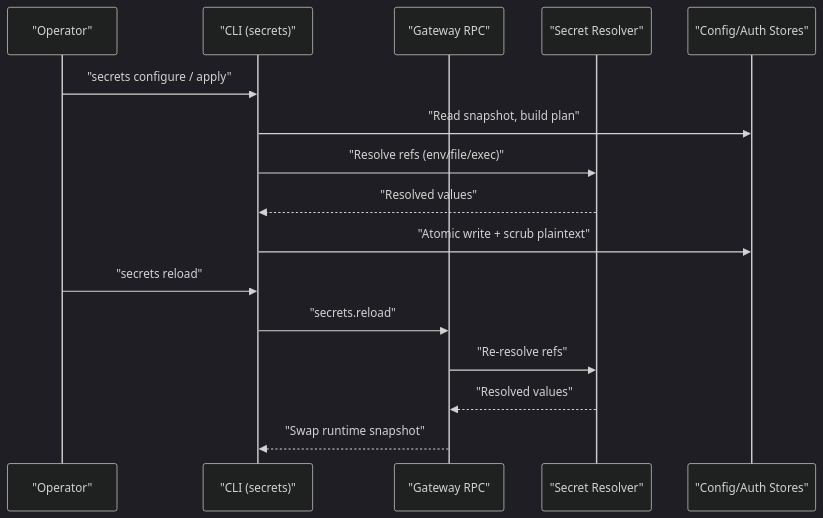
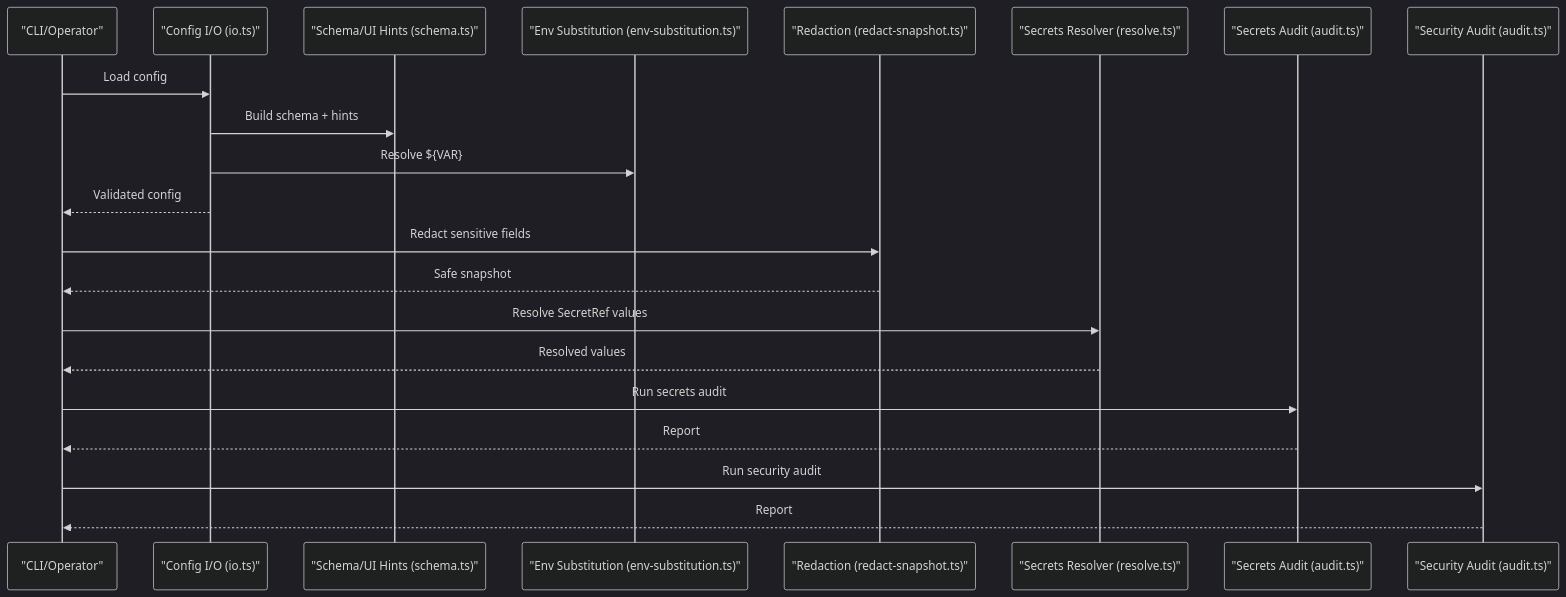
The second of 7 diagrams in repowiki/en/content/Configuration Management/Security Configuration.md (botx-work/OpenClaw-Internals), drawn with Mermaid (dark theme) before and after one commit. The commit also changed other lines of this file and 332 other files, not shown here.

````diff
--- a/repowiki/en/content/Configuration Management/Security Configuration.md
+++ b/repowiki/en/content/Configuration Management/Security Configuration.md
@@ -113,18 +132,23 @@
 ```mermaid
 sequenceDiagram
-participant Operator as "Operator"
-participant CLI as "CLI (secrets)"
-participant Gateway as "Gateway RPC"
-participant Resolver as "Secret Resolver"
-participant Store as "Config/Auth Stores"
-Operator->>CLI : "secrets configure / apply"
-CLI->>Store : "Read snapshot, build plan"
-CLI->>Resolver : "Resolve refs (env/file/exec)"
-Resolver-->>CLI : "Resolved values"
-CLI->>Store : "Atomic write + scrub plaintext"
-Operator->>CLI : "secrets reload"
-CLI->>Gateway : "secrets.reload"
-Gateway->>Resolver : "Re-resolve refs"
-Resolver-->>Gateway : "Resolved values"
-Gateway-->>CLI : "Swap runtime snapshot"
+participant CLI as "CLI/Operator"
+participant CFG as "Config I/O (io.ts)"
+participant SCH as "Schema/UI Hints (schema.ts)"
+participant ENV as "Env Substitution (env-substitution.ts)"
+participant RED as "Redaction (redact-snapshot.ts)"
+participant SEC as "Secrets Resolver (resolve.ts)"
+participant AUDSEC as "Secrets Audit (audit.ts)"
+participant AUDSECUR as "Security Audit (audit.ts)"
+CLI->>CFG : Load config
+CFG->>SCH : Build schema + hints
+CFG->>ENV : Resolve ${VAR}
+CFG-->>CLI : Validated config
+CLI->>RED : Redact sensitive fields
+RED-->>CLI : Safe snapshot
+CLI->>SEC : Resolve SecretRef values
+SEC-->>CLI : Resolved values
+CLI->>AUDSEC : Run secrets audit
+AUDSEC-->>CLI : Report
+CLI->>AUDSECUR : Run security audit
+AUDSECUR-->>CLI : Report
 ```
````
